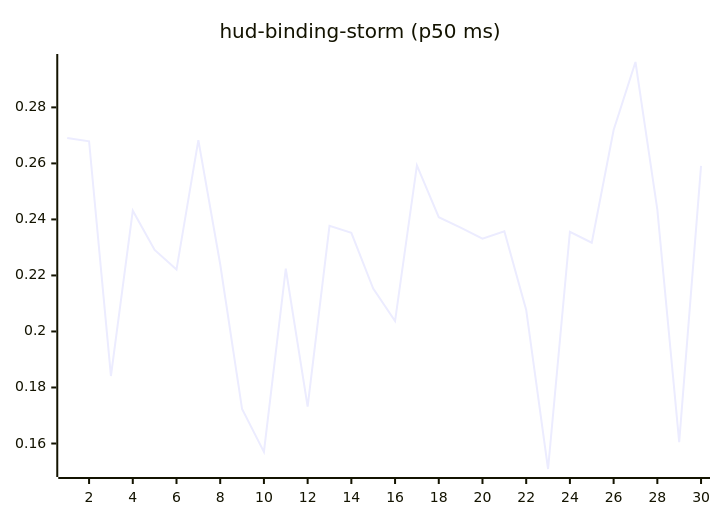
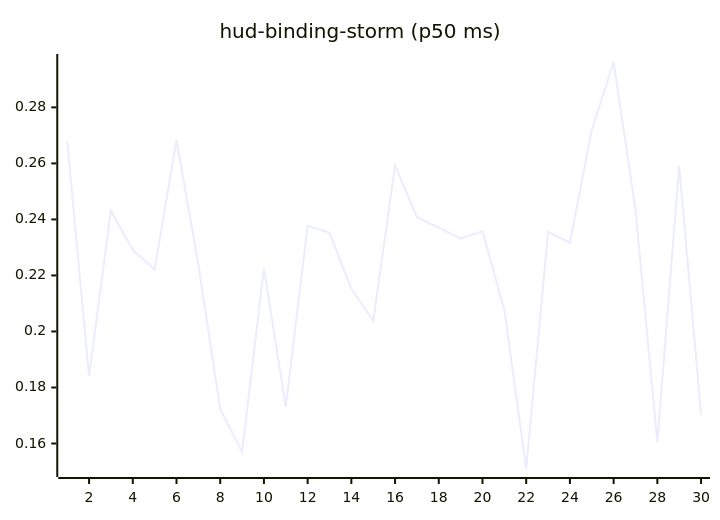
One commit to josha/Facet changed the tenth of 27 diagrams in README.md. Above: the diagram before and after it, drawn with Mermaid. The commit also changed other lines of this file and 2 other files, not shown here.

````diff
--- a/README.md
+++ b/README.md
@@ -126,6 +126,6 @@
 ```mermaid
 xychart-beta
     title "hud-binding-storm (p50 ms)"
     x-axis 1 --> 30
-    line [0.2691, 0.2679, 0.1841, 0.2431, 0.2291, 0.2221, 0.2683, 0.2240, 0.1723, 0.1570, 0.2224, 0.1732, 0.2377, 0.2352, 0.2153, 0.2037, 0.2593, 0.2408, 0.2371, 0.2331, 0.2358, 0.2077, 0.1509, 0.2356, 0.2317, 0.2719, 0.2962, 0.2435, 0.1605, 0.2591]
+    line [0.2679, 0.1841, 0.2431, 0.2291, 0.2221, 0.2683, 0.2240, 0.1723, 0.1570, 0.2224, 0.1732, 0.2377, 0.2352, 0.2153, 0.2037, 0.2593, 0.2408, 0.2371, 0.2331, 0.2358, 0.2077, 0.1509, 0.2356, 0.2317, 0.2719, 0.2962, 0.2435, 0.1605, 0.2591, 0.1704]
 ```
````
